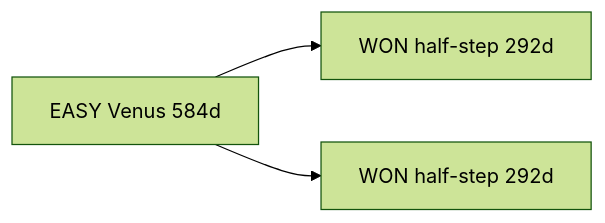
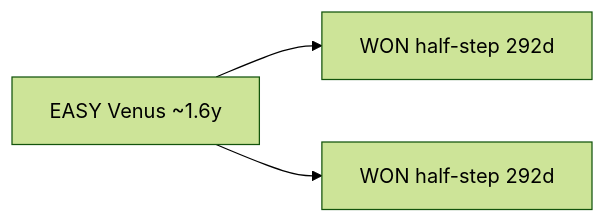
Before and after one commit to dougbutner/flex.report: the second of 2 diagrams in celestial-buybacks.md, drawn with Mermaid (forest theme). The commit also changed other lines of this file and 46 other files, not shown here.

````diff
--- a/celestial-buybacks.md
+++ b/celestial-buybacks.md
@@ -35,5 +60,5 @@
 ```mermaid
 flowchart LR
-  V["EASY Venus 584d"] --> H1["WON half-step 292d"]
+  V["EASY Venus ~1.6y"] --> H1["WON half-step 292d"]
   V --> H2["WON half-step 292d"]
 ```
````
